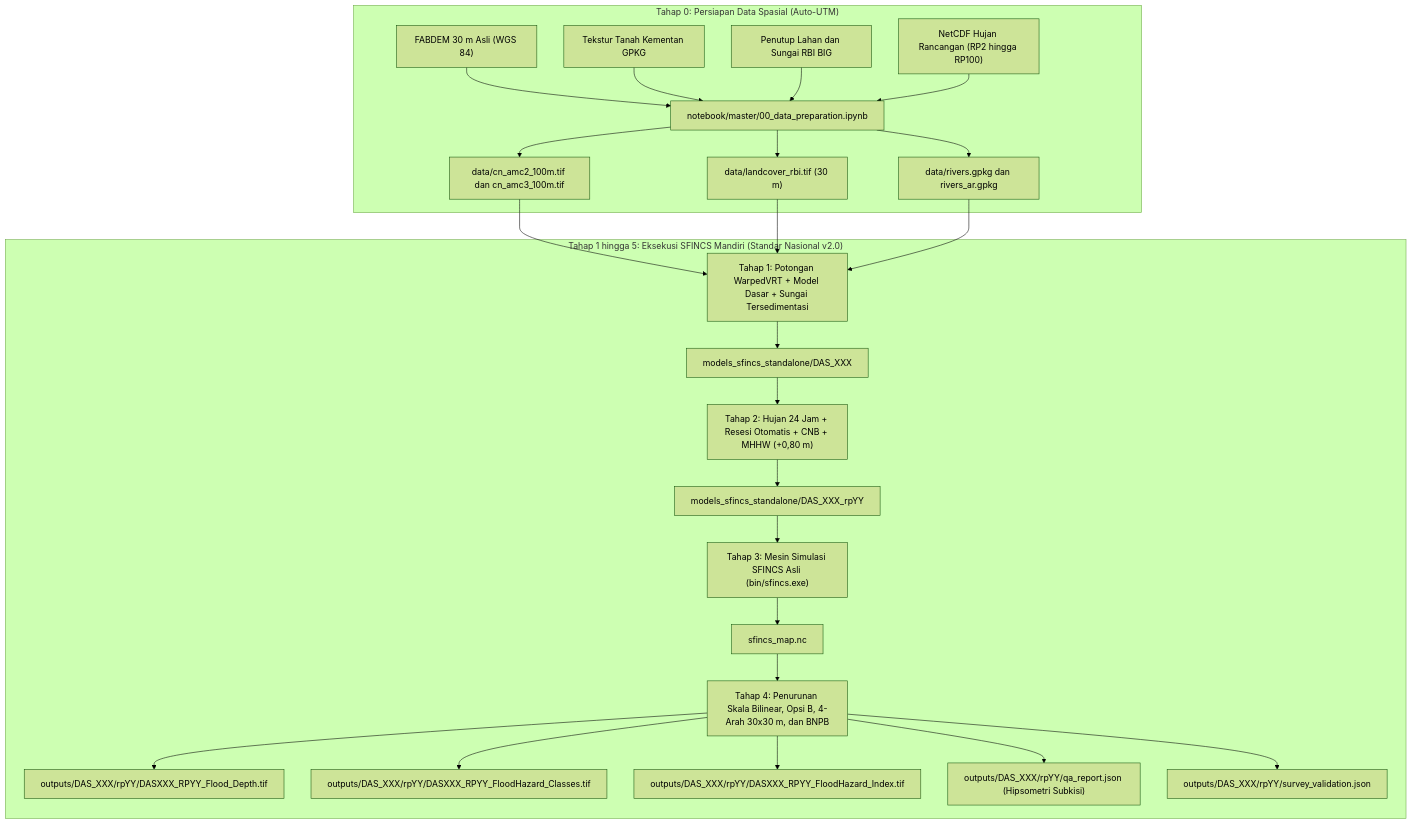
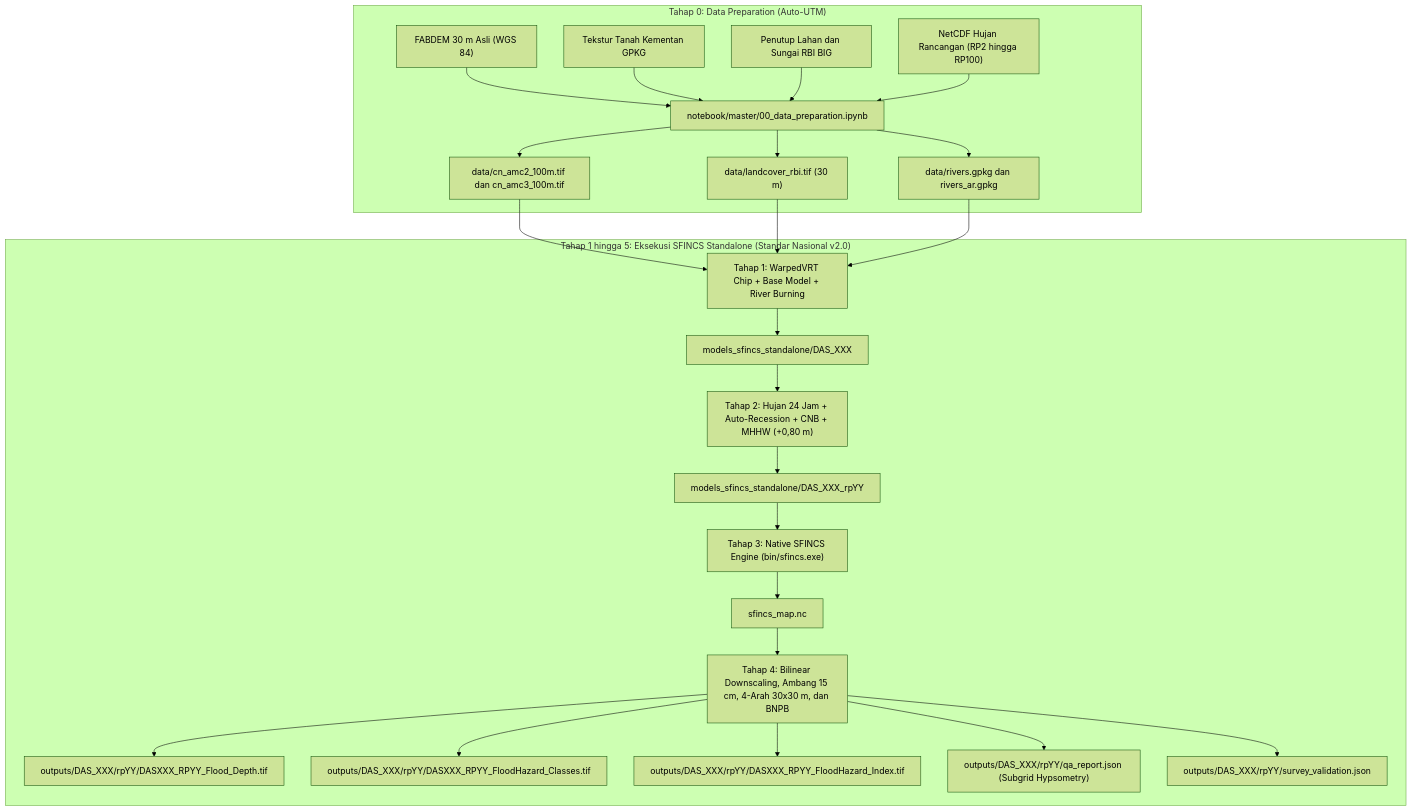
The diagram in docs/id/PIPELINE.md (abednb/sumbar_flood_hazard), drawn with Mermaid (forest theme) before and after one commit. The commit also changed other lines of this file and 6 other files, not shown here.

````diff
--- a/docs/id/PIPELINE.md
+++ b/docs/id/PIPELINE.md
@@ -87,27 +87,27 @@
 ```mermaid
 graph TD
-    subgraph Tahap0["Tahap 0: Persiapan Data Spasial (Auto-UTM)"]
+    subgraph Tahap0["Tahap 0: Data Preparation (Auto-UTM)"]
         D1["FABDEM 30 m Asli (WGS 84)"] --> P0["notebook/master/00_data_preparation.ipynb"]
         D2["Tekstur Tanah Kementan GPKG"] --> P0
         D3["Penutup Lahan dan Sungai RBI BIG"] --> P0
         D4["NetCDF Hujan Rancangan (RP2 hingga RP100)"] --> P0
         P0 --> C1["data/cn_amc2_100m.tif dan cn_amc3_100m.tif"]
         P0 --> C2["data/landcover_rbi.tif (30 m)"]
         P0 --> C3["data/rivers.gpkg dan rivers_ar.gpkg"]
     end
 
-    subgraph Tahap1to5["Tahap 1 hingga 5: Eksekusi SFINCS Mandiri (Standar Nasional v2.0)"]
-        C1 & C2 & C3 --> S1["Tahap 1: Potongan WarpedVRT + Model Dasar + Sungai Tersedimentasi"]
+    subgraph Tahap1to5["Tahap 1 hingga 5: Eksekusi SFINCS Standalone (Standar Nasional v2.0)"]
+        C1 & C2 & C3 --> S1["Tahap 1: WarpedVRT Chip + Base Model + River Burning"]
         S1 --> M1["models_sfincs_standalone/DAS_XXX"]
-        M1 --> S2["Tahap 2: Hujan 24 Jam + Resesi Otomatis + CNB + MHHW (+0,80 m)"]
+        M1 --> S2["Tahap 2: Hujan 24 Jam + Auto-Recession + CNB + MHHW (+0,80 m)"]
         S2 --> M2["models_sfincs_standalone/DAS_XXX_rpYY"]
-        M2 --> S3["Tahap 3: Mesin Simulasi SFINCS Asli (bin/sfincs.exe)"]
+        M2 --> S3["Tahap 3: Native SFINCS Engine (bin/sfincs.exe)"]
         S3 --> O1["sfincs_map.nc"]
-        O1 --> S4["Tahap 4: Penurunan Skala Bilinear, Opsi B, 4-Arah 30x30 m, dan BNPB"]
+        O1 --> S4["Tahap 4: Bilinear Downscaling, Ambang 15 cm, 4-Arah 30x30 m, dan BNPB"]
         S4 --> R1["outputs/DAS_XXX/rpYY/DASXXX_RPYY_Flood_Depth.tif"]
         S4 --> R2["outputs/DAS_XXX/rpYY/DASXXX_RPYY_FloodHazard_Classes.tif"]
         S4 --> R3["outputs/DAS_XXX/rpYY/DASXXX_RPYY_FloodHazard_Index.tif"]
-        S4 --> QA1["outputs/DAS_XXX/rpYY/qa_report.json (Hipsometri Subkisi)"]
+        S4 --> QA1["outputs/DAS_XXX/rpYY/qa_report.json (Subgrid Hypsometry)"]
         S4 --> QA2["outputs/DAS_XXX/rpYY/survey_validation.json"]
     end
 ```
````
